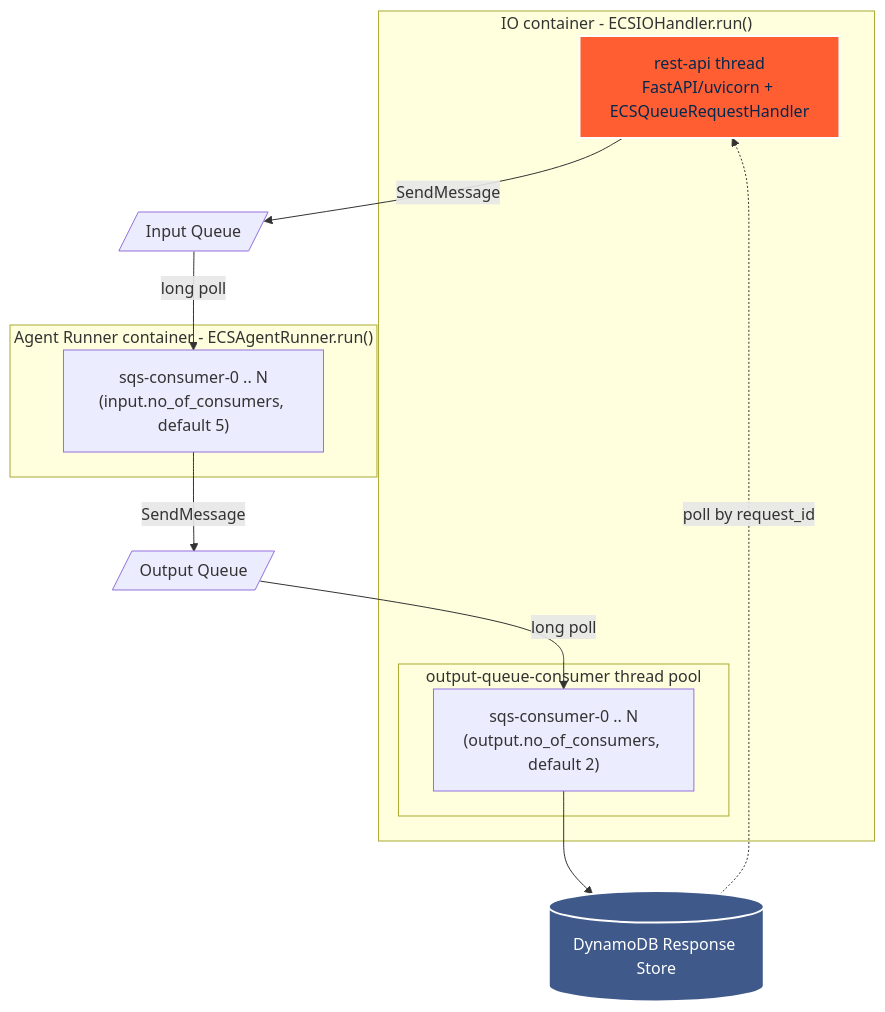
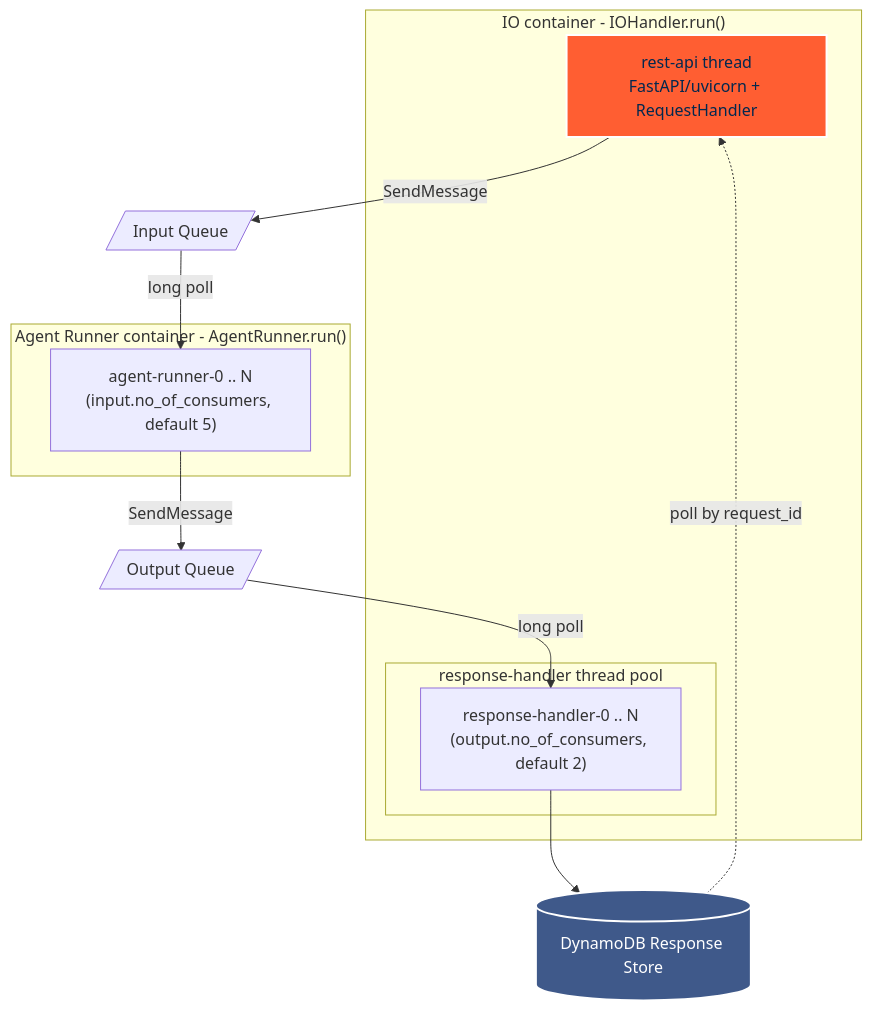
One commit to yaalalabs/agent-kernel changed the second of 3 diagrams in docs/docs/advanced/queue-mode-guide.md. Above: the diagram before and after it, drawn with Mermaid. The commit also changed other lines of this file and 69 other files, not shown here.

````diff
--- a/docs/docs/advanced/queue-mode-guide.md
+++ b/docs/docs/advanced/queue-mode-guide.md
@@ -712,23 +713,23 @@
 ```mermaid
 graph TB
-    subgraph IO["IO container - ECSIOHandler.run()"]
-        T1["rest-api thread<br/>FastAPI/uvicorn + ECSQueueRequestHandler"]
-        subgraph OCP["output-queue-consumer thread pool"]
-            OC1["sqs-consumer-0 .. N<br/>(output.no_of_consumers, default 2)"]
+    subgraph IO["IO container - IOHandler.run()"]
+        T1["rest-api thread<br/>FastAPI/uvicorn + RequestHandler"]
+        subgraph OCP["response-handler thread pool"]
+            OC1["response-handler-0 .. N<br/>(output.no_of_consumers, default 2)"]
         end
     end
 
-    subgraph ARC["Agent Runner container - ECSAgentRunner.run()"]
-        AR1["sqs-consumer-0 .. N<br/>(input.no_of_consumers, default 5)"]
+    subgraph ARC["Agent Runner container - AgentRunner.run()"]
+        AR1["agent-runner-0 .. N<br/>(input.no_of_consumers, default 5)"]
     end
 
     T1 -->|SendMessage| IQ[/Input Queue/]
     IQ -->|long poll| AR1
     AR1 -->|SendMessage| OQ[/Output Queue/]
     OQ -->|long poll| OC1
     OC1 --> RS[(DynamoDB Response Store)]
     RS -.->|"poll by request_id"| T1
 
     style T1 fill:#FF5E32,stroke:#fff,stroke-width:2px,color:#02284F
     style RS fill:#3F598A,stroke:#fff,stroke-width:2px,color:#fff
 ```
````
